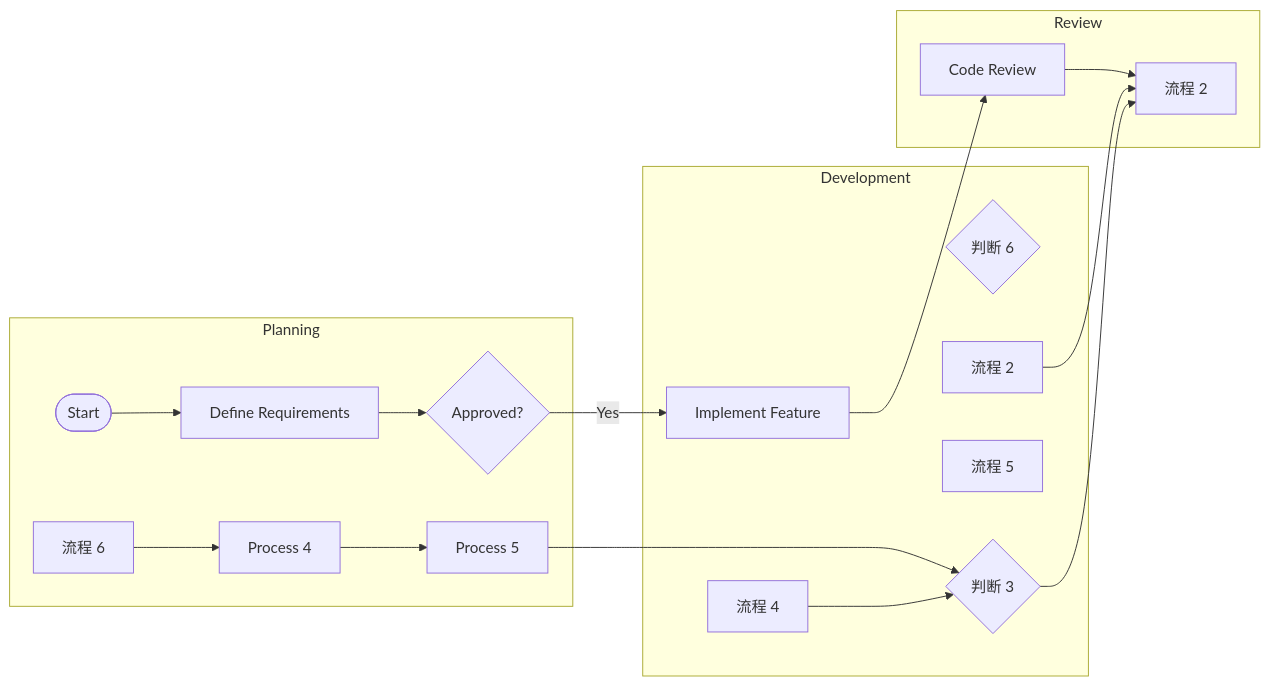
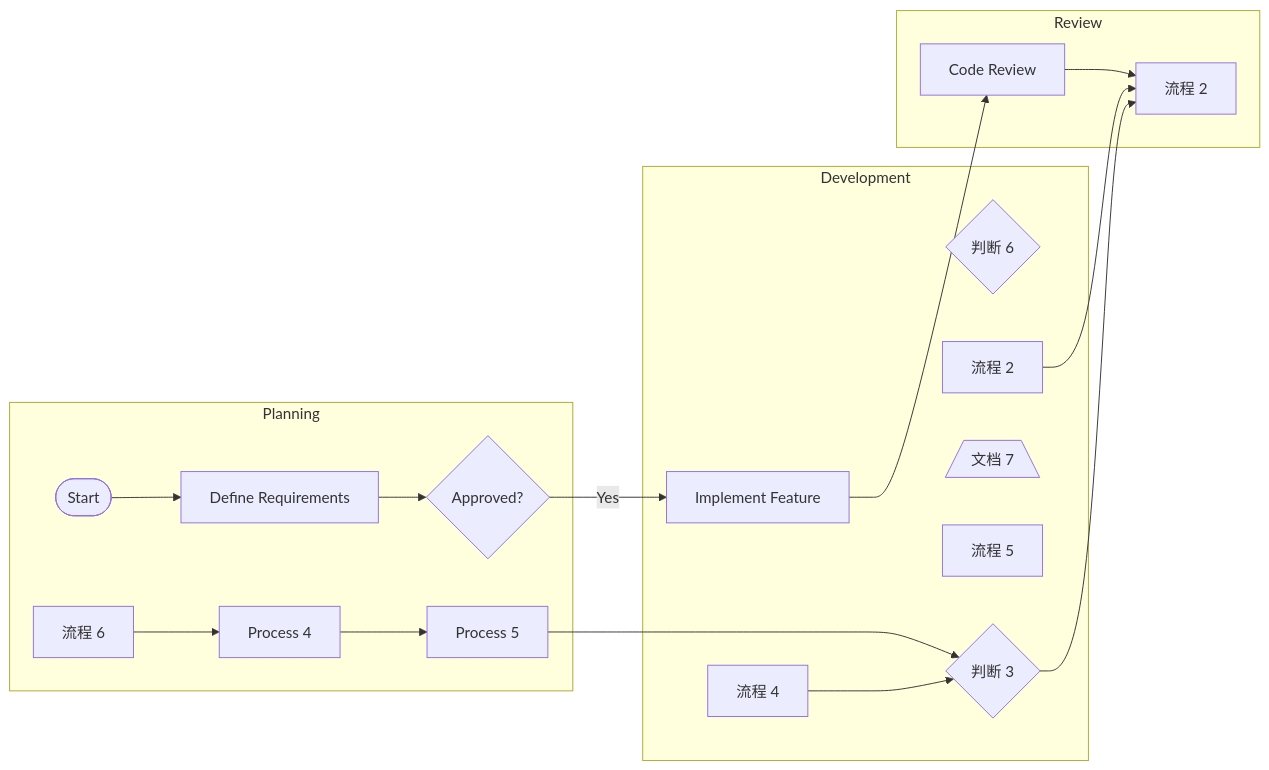
Before and after one commit to pingpm/mermaid_vault: the diagram in mmd/12323_41681640-9752-48cb-9907-d6624d5d20d0.mmd, drawn with Mermaid. The commit also changed 3 other files, not shown here.

Commit message:
Sync Mermaid Studio data (15 diagrams)

```diff
--- a/mmd/12323_41681640-9752-48cb-9907-d6624d5d20d0.mmd
+++ b/mmd/12323_41681640-9752-48cb-9907-d6624d5d20d0.mmd
@@ -1,32 +1,33 @@
 flowchart LR
   subgraph lane_0["Planning"]
     t_0{"Approved?"}
     t_1(["Start"])
     t_2["Define Requirements"]
     t_3["流程 6"]
     t_4["Process 4"]
     t_5["Process 5"]
   end
   subgraph lane_1["Development"]
     t_6{"判断 6"}
     t_7["流程 4"]
     t_8["Implement Feature"]
     t_9{"判断 3"}
-    t_10["流程 5"]
-    t_11["流程 2"]
+    t_10[/"文档 7"\]
+    t_11["流程 5"]
+    t_12["流程 2"]
   end
   subgraph lane_2["Review"]
-    t_12["Code Review"]
-    t_13["流程 2"]
+    t_13["Code Review"]
+    t_14["流程 2"]
   end
   t_1 --> t_2
   t_2 --> t_0
   t_0 -->|"Yes"| t_8
-  t_8 --> t_12
-  t_12 --> t_13
-  t_11 --> t_13
+  t_8 --> t_13
+  t_13 --> t_14
+  t_12 --> t_14
   t_3 --> t_4
   t_4 --> t_5
   t_5 --> t_9
   t_7 --> t_9
-  t_9 --> t_13
+  t_9 --> t_14
```
